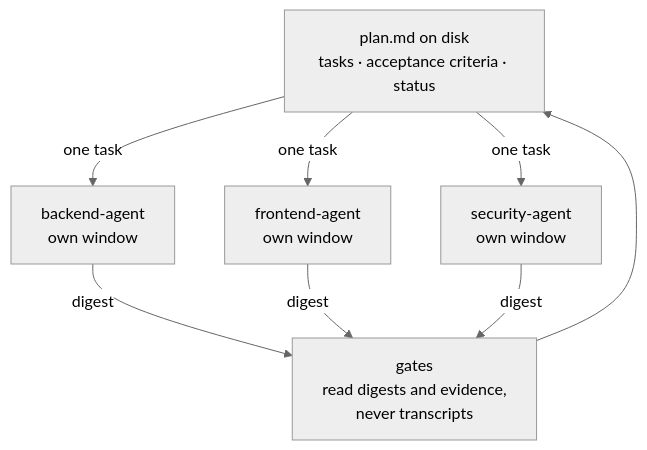
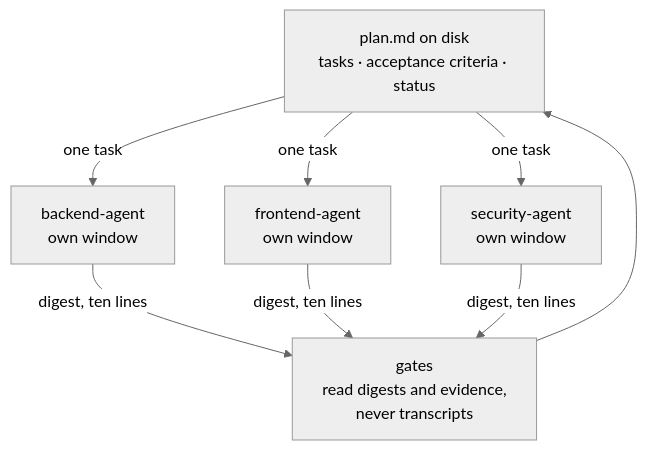
Before and after one commit to isumer/cereblnk: the third of 3 diagrams in README.md, drawn with Mermaid (neutral theme). The commit also changed other lines of this file, not shown here.

````diff
--- a/README.md
+++ b/README.md
@@ -150,11 +146,11 @@
 ```mermaid
 flowchart TD
     PLAN["plan.md on disk<br/>tasks · acceptance criteria · status"]
     PLAN -->|one task| A["backend-agent<br/>own window"]
     PLAN -->|one task| B["frontend-agent<br/>own window"]
     PLAN -->|one task| C["security-agent<br/>own window"]
-    A -->|digest| G["gates<br/>read digests and evidence,<br/>never transcripts"]
-    B -->|digest| G
-    C -->|digest| G
+    A -->|digest, ten lines| G["gates<br/>read digests and evidence,<br/>never transcripts"]
+    B -->|digest, ten lines| G
+    C -->|digest, ten lines| G
     G --> PLAN
 ```
````
